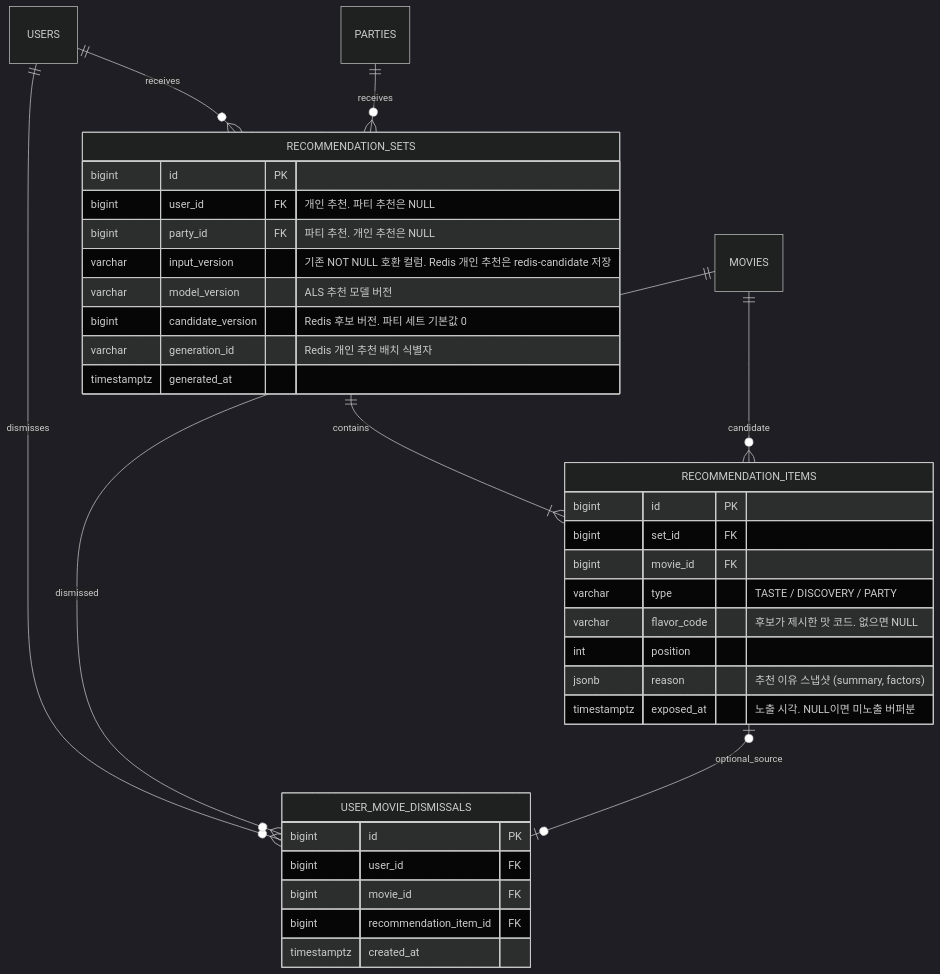
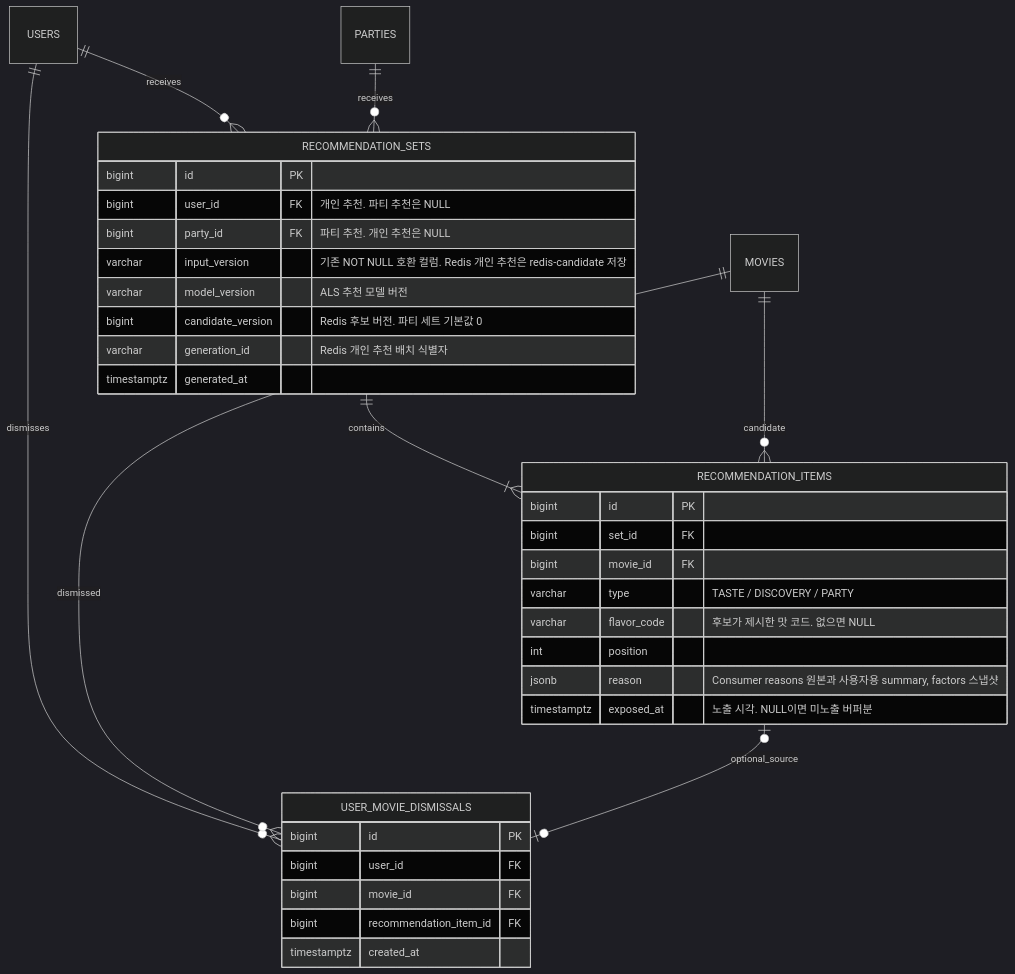
Before and after one commit to koongya-studio/feelm: the fifth of 8 diagrams in docs/erd.md, drawn with Mermaid (dark theme). The commit also changed 38 other files, not shown here.

````diff
--- a/docs/erd.md
+++ b/docs/erd.md
@@ -320,38 +320,38 @@
 ```mermaid
 erDiagram
     RECOMMENDATION_SETS {
         bigint id PK
         bigint user_id FK "개인 추천. 파티 추천은 NULL"
         bigint party_id FK "파티 추천. 개인 추천은 NULL"
         varchar input_version "기존 NOT NULL 호환 컬럼. Redis 개인 추천은 redis-candidate 저장"
         varchar model_version "ALS 추천 모델 버전"
         bigint candidate_version "Redis 후보 버전. 파티 세트 기본값 0"
         varchar generation_id "Redis 개인 추천 배치 식별자"
         timestamptz generated_at
     }
     RECOMMENDATION_ITEMS {
         bigint id PK
         bigint set_id FK
         bigint movie_id FK
         varchar type "TASTE / DISCOVERY / PARTY"
         varchar flavor_code "후보가 제시한 맛 코드. 없으면 NULL"
         int position
-        jsonb reason "추천 이유 스냅샷 (summary, factors)"
+        jsonb reason "Consumer reasons 원본과 사용자용 summary, factors 스냅샷"
         timestamptz exposed_at "노출 시각. NULL이면 미노출 버퍼분"
     }
     USER_MOVIE_DISMISSALS {
         bigint id PK
         bigint user_id FK
         bigint movie_id FK
         bigint recommendation_item_id FK
         timestamptz created_at
     }
 
     USERS ||--o{ RECOMMENDATION_SETS : receives
     PARTIES ||--o{ RECOMMENDATION_SETS : receives
     RECOMMENDATION_SETS ||--|{ RECOMMENDATION_ITEMS : contains
     MOVIES ||--o{ RECOMMENDATION_ITEMS : candidate
     USERS ||--o{ USER_MOVIE_DISMISSALS : dismisses
     MOVIES ||--o{ USER_MOVIE_DISMISSALS : dismissed
     RECOMMENDATION_ITEMS o|--o| USER_MOVIE_DISMISSALS : optional_source
 ```
````
